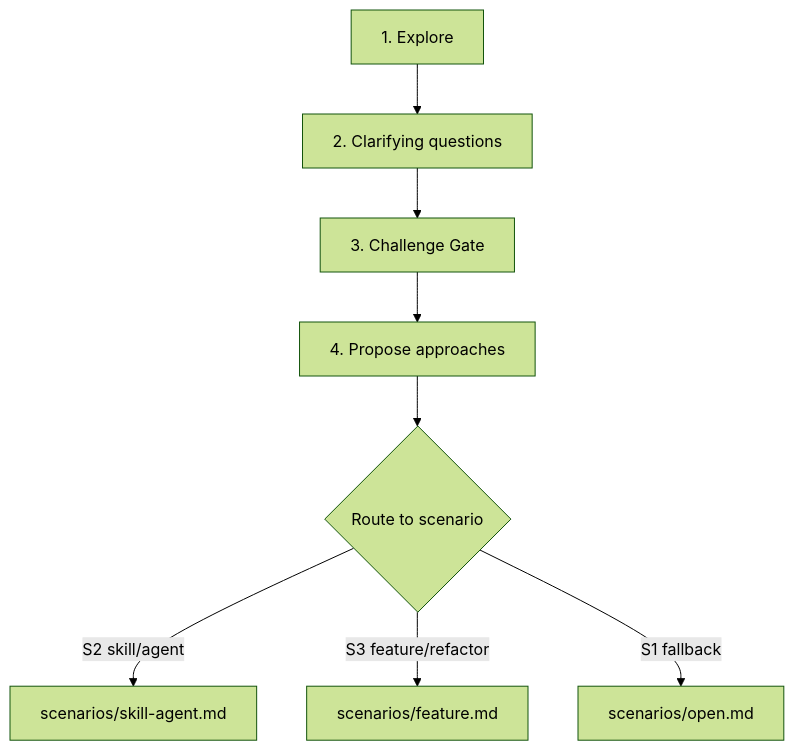
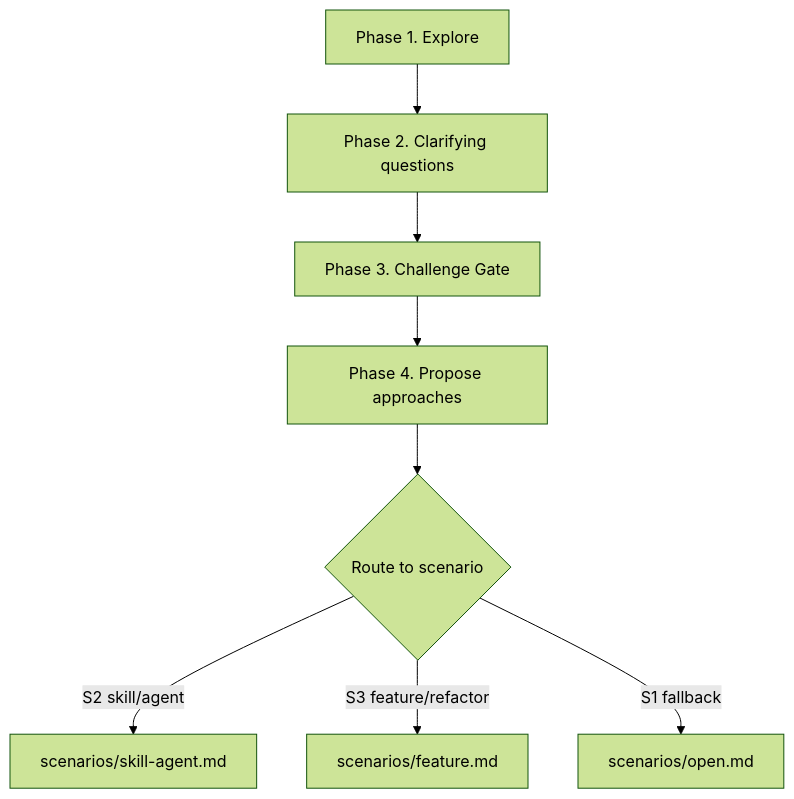
One commit to Jiangwlee/oh-my-superpowers changed the diagram in skills/brainstorming/SKILL.md. Above: the diagram before and after it, drawn with Mermaid (forest theme). The commit also changed other lines of this file and 3 other files, not shown here.

````diff
--- a/skills/brainstorming/SKILL.md
+++ b/skills/brainstorming/SKILL.md
@@ -51,10 +60,10 @@
 ```mermaid
 flowchart TD
-    P1[1. Explore] --> P2[2. Clarifying questions]
-    P2 --> P3[3. Challenge Gate]
-    P3 --> P4[4. Propose approaches]
+    P1[Phase 1. Explore] --> P2[Phase 2. Clarifying questions]
+    P2 --> P3[Phase 3. Challenge Gate]
+    P3 --> P4[Phase 4. Propose approaches]
     P4 --> R{Route to scenario}
     R -->|S2 skill/agent| SA[scenarios/skill-agent.md]
     R -->|S3 feature/refactor| F[scenarios/feature.md]
     R -->|S1 fallback| O[scenarios/open.md]
 ```
````
